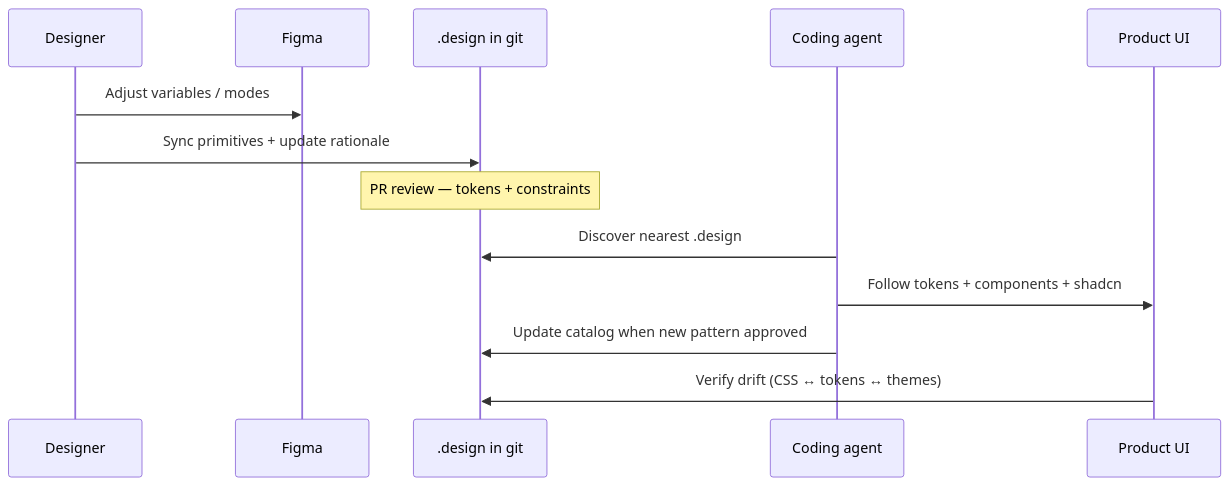
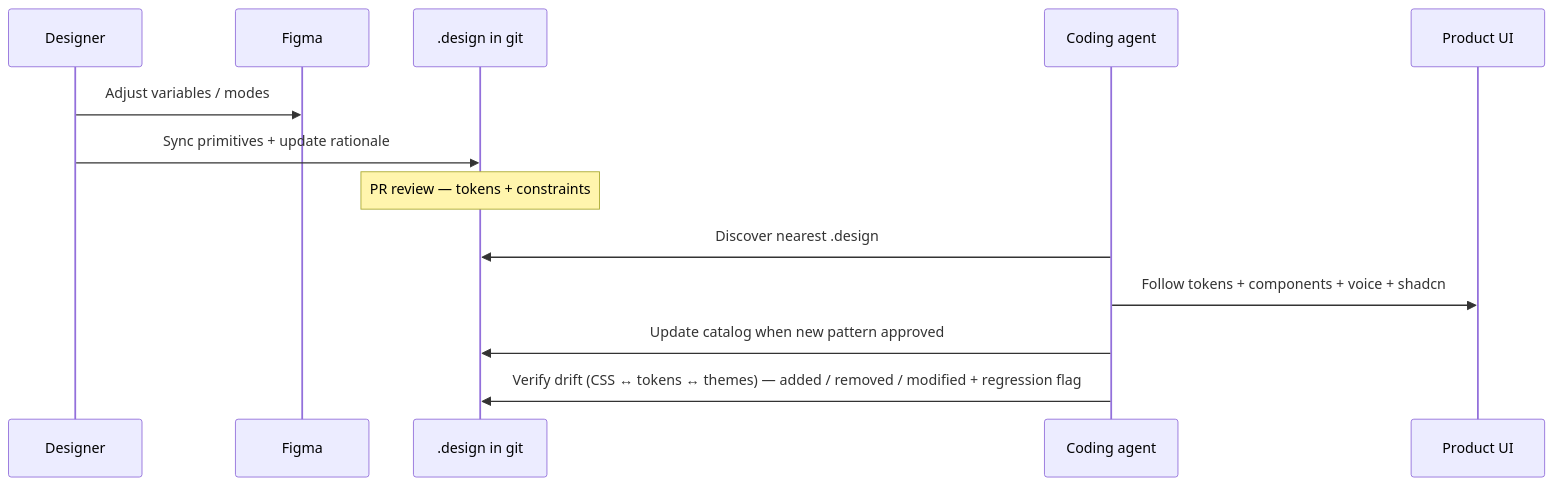
One commit to AgentsORG/DESIGN changed the third of 3 diagrams in docs/ecosystem.md. Above: the diagram before and after it, drawn with Mermaid. The commit also changed other lines of this file and 25 other files, not shown here.

````diff
--- a/docs/ecosystem.md
+++ b/docs/ecosystem.md
@@ -84,16 +89,16 @@
 ```mermaid
 sequenceDiagram
   participant D as Designer
   participant F as Figma
   participant R as .design in git
   participant A as Coding agent
   participant P as Product UI
 
   D->>F: Adjust variables / modes
   D->>R: Sync primitives + update rationale
   Note over R: PR review — tokens + constraints
   A->>R: Discover nearest .design
-  A->>P: Follow tokens + components + shadcn
+  A->>P: Follow tokens + components + voice + shadcn
   A->>R: Update catalog when new pattern approved
-  P->>R: Verify drift (CSS ↔ tokens ↔ themes)
+  A->>R: Verify drift (CSS ↔ tokens ↔ themes) — added / removed / modified + regression flag
 ```
````
